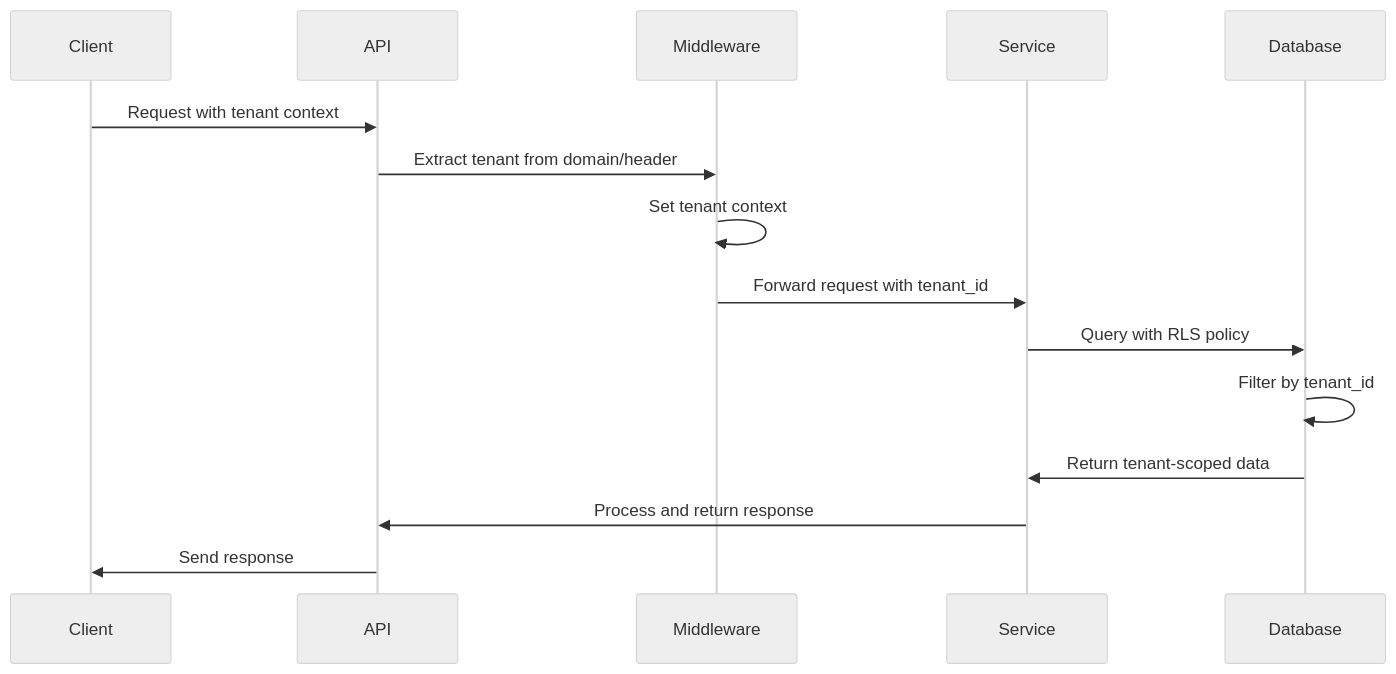
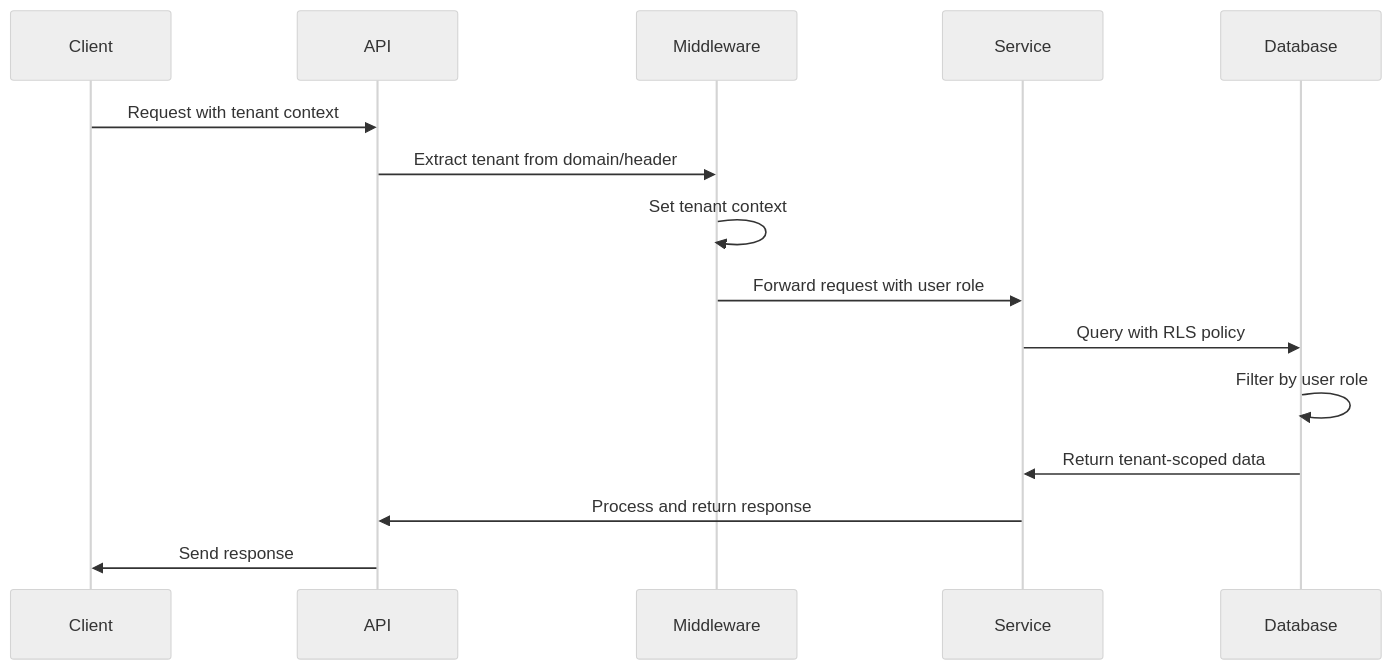
One commit to rkendel1/SaaSinaSnap changed the second of 8 diagrams in docs/architecture-diagram.md. Above: the diagram before and after it, drawn with Mermaid (neutral theme). The commit also changed other lines of this file and 6 other files, not shown here.

````diff
--- a/docs/architecture-diagram.md
+++ b/docs/architecture-diagram.md
@@ -78,18 +78,18 @@
 ```mermaid
 sequenceDiagram
     participant Client
     participant API
     participant Middleware
     participant Service
     participant Database
     
     Client->>API: Request with tenant context
     API->>Middleware: Extract tenant from domain/header
     Middleware->>Middleware: Set tenant context
-    Middleware->>Service: Forward request with tenant_id
+    Middleware->>Service: Forward request with user role
     Service->>Database: Query with RLS policy
-    Database->>Database: Filter by tenant_id
+    Database->>Database: Filter by user role
     Database->>Service: Return tenant-scoped data
     Service->>API: Process and return response
     API->>Client: Send response
 ```
````
